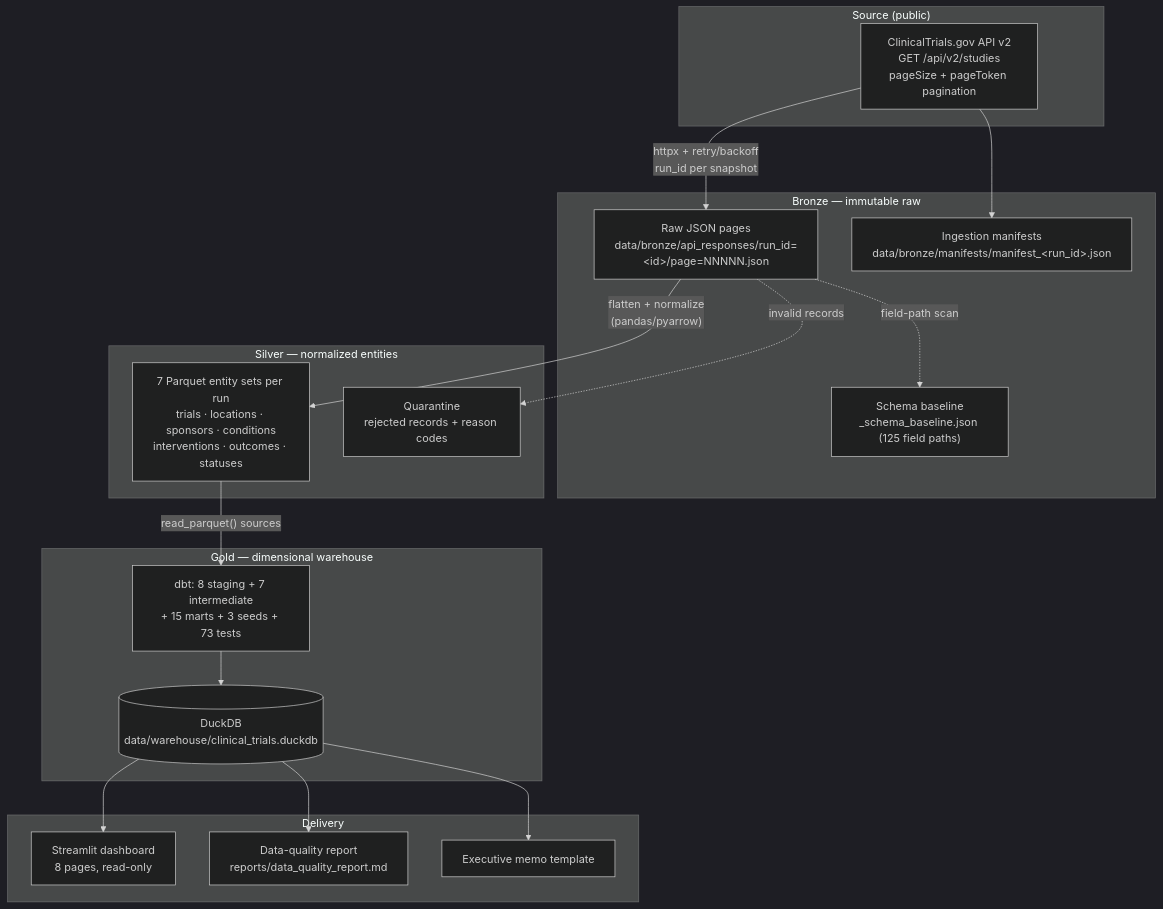
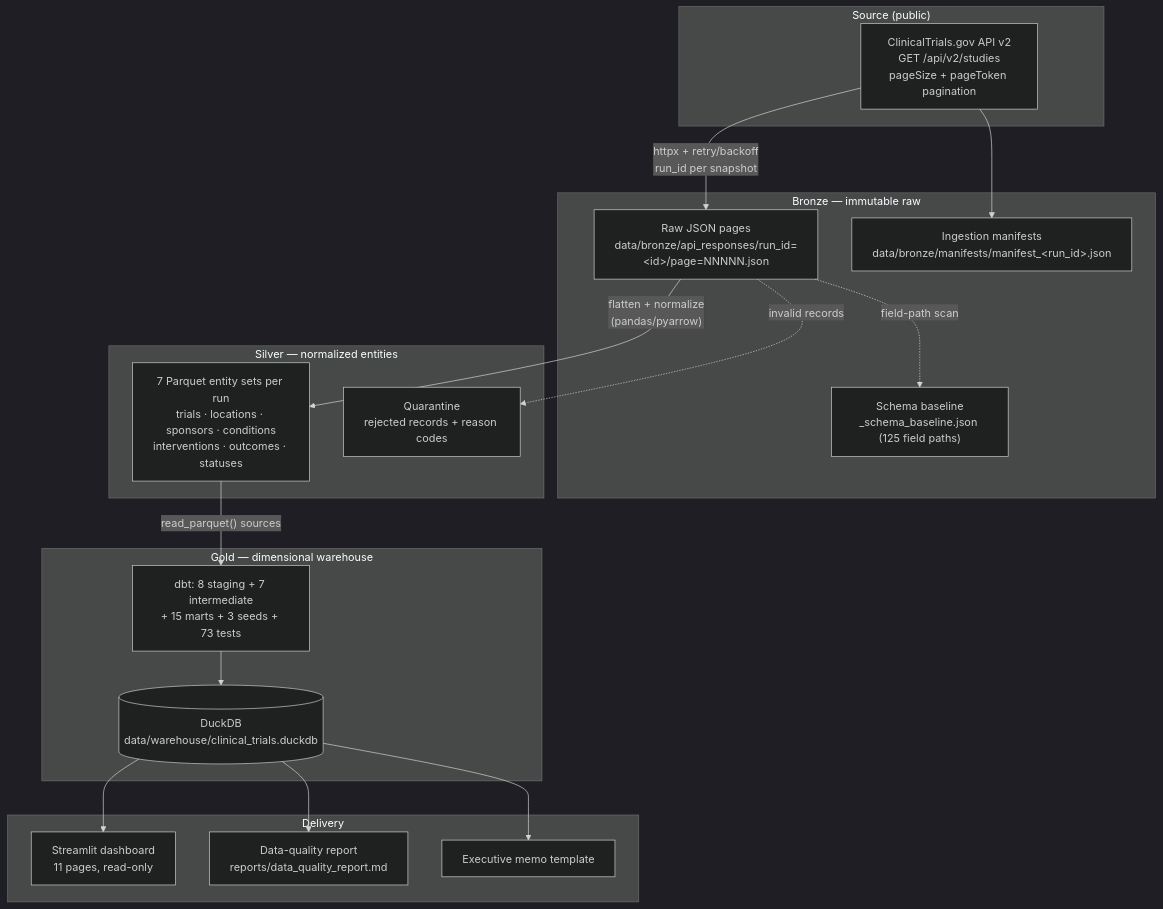
Before and after one commit to ne1cc/clinical-trial-intelligence: the fourth of 14 diagrams in PROJECT_DOCUMENTATION.md, drawn with Mermaid (dark theme). The commit also changed other lines of this file and 2 other files, not shown here.

First line of the commit message:
docs: update dashboard spec for theming and grouped navigation

````diff
--- a/PROJECT_DOCUMENTATION.md
+++ b/PROJECT_DOCUMENTATION.md
@@ -133,39 +133,39 @@
 ```mermaid
 flowchart TB
     subgraph SRC["Source (public)"]
         CTG["ClinicalTrials.gov API v2<br/>GET /api/v2/studies<br/>pageSize + pageToken pagination"]
     end
 
     subgraph BRONZE["Bronze — immutable raw"]
         RAW["Raw JSON pages<br/>data/bronze/api_responses/run_id=&lt;id&gt;/page=NNNNN.json"]
         MAN["Ingestion manifests<br/>data/bronze/manifests/manifest_&lt;run_id&gt;.json"]
         BASE["Schema baseline<br/>_schema_baseline.json (125 field paths)"]
     end
 
     subgraph SILVER["Silver — normalized entities"]
         PQ["7 Parquet entity sets per run<br/>trials · locations · sponsors · conditions<br/>interventions · outcomes · statuses"]
         QUAR["Quarantine<br/>rejected records + reason codes"]
     end
 
     subgraph GOLD["Gold — dimensional warehouse"]
         DUCK[("DuckDB<br/>data/warehouse/clinical_trials.duckdb")]
         DBT["dbt: 8 staging + 7 intermediate<br/>+ 15 marts + 3 seeds + 73 tests"]
     end
 
     subgraph DELIVERY["Delivery"]
-        APP["Streamlit dashboard<br/>8 pages, read-only"]
+        APP["Streamlit dashboard<br/>11 pages, read-only"]
         DQ["Data-quality report<br/>reports/data_quality_report.md"]
         MEMO["Executive memo template"]
     end
 
     CTG -->|"httpx + retry/backoff<br/>run_id per snapshot"| RAW
     CTG --> MAN
     RAW -->|"flatten + normalize<br/>(pandas/pyarrow)"| PQ
     RAW -.->|invalid records| QUAR
     RAW -.->|field-path scan| BASE
     PQ -->|"read_parquet() sources"| DBT
     DBT --> DUCK
     DUCK --> APP
     DUCK --> DQ
     DUCK --> MEMO
 ```
````
